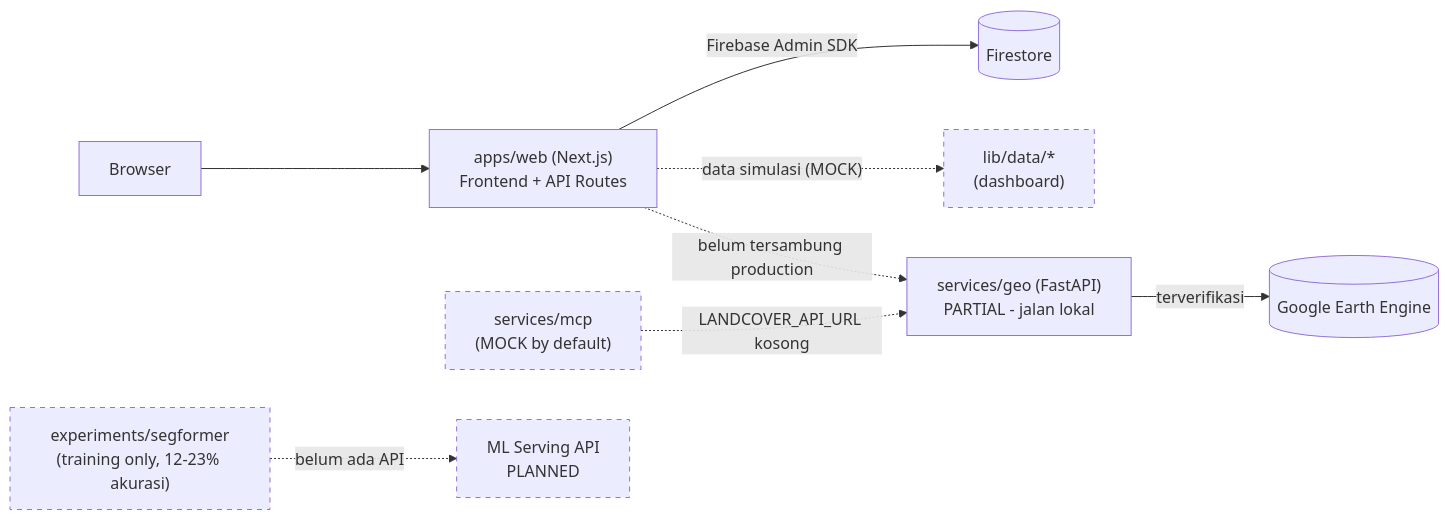
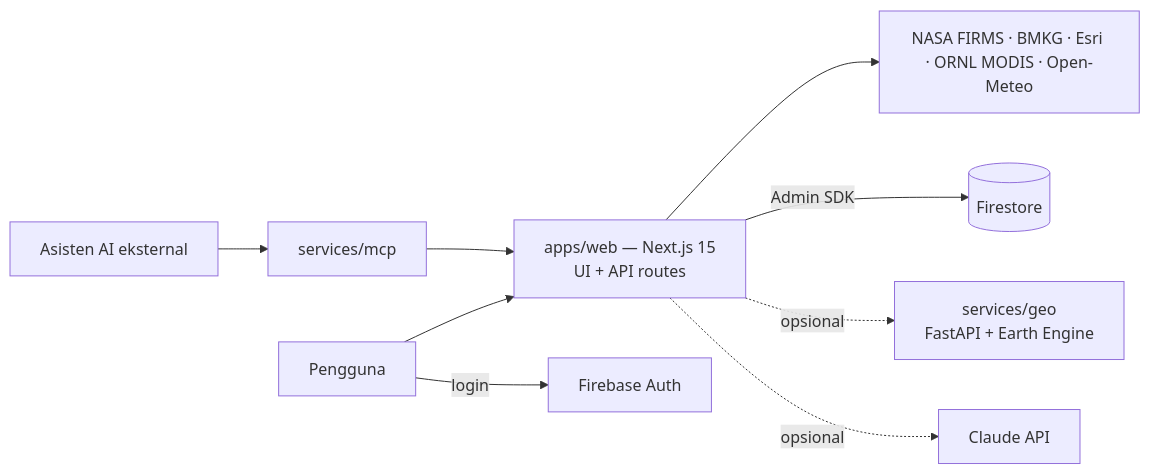
The diagram in README.md (PashaAkrilian/EcoSentra-Platform-Analisis-Lahan-dan-Ekosistem-Indonesia), drawn with Mermaid before and after one commit. The commit also changed other lines of this file and 11 other files, not shown here.

First line of the commit message:
docs: Rewrite README and docs for the 1.0 release, add architecture, API, deployment, and data-source docs

````diff
--- a/README.md
+++ b/README.md
@@ -34,15 +51,10 @@
 ```mermaid
 flowchart LR
-    Browser["Browser"] --> Web["apps/web (Next.js)\nFrontend + API Routes"]
-    Web -->|"Firebase Admin SDK"| Firestore[("Firestore")]
-    Web -.->|"data simulasi (MOCK)"| DataLayer["lib/data/*\n(dashboard)"]
-
-    Web -.->|"belum tersambung production"| Geo
-    MCP["services/mcp\n(MOCK by default)"] -.->|"LANDCOVER_API_URL kosong"| Geo["services/geo (FastAPI)\nPARTIAL - jalan lokal"]
-    Geo -->|"terverifikasi"| GEE[("Google Earth Engine")]
-
-    Training["experiments/segformer\n(training only, 12-23% akurasi)"] -.->|"belum ada API"| Serving["ML Serving API\nPLANNED"]
-
-    classDef mock stroke-dasharray: 5 5
-    class DataLayer,MCP,Training,Serving mock
+    User["Pengguna"] --> Web["apps/web — Next.js 15\nUI + API routes"]
+    Web --> Public["NASA FIRMS · BMKG · Esri · ORNL MODIS · Open-Meteo"]
+    Web -->|"Admin SDK"| FS[("Firestore")]
+    User -->|"login"| Auth["Firebase Auth"]
+    Web -.->|"opsional"| Geo["services/geo\nFastAPI + Earth Engine"]
+    Web -.->|"opsional"| Claude["Claude API"]
+    AI["Asisten AI eksternal"] --> MCP["services/mcp"] --> Web
 ```
````
